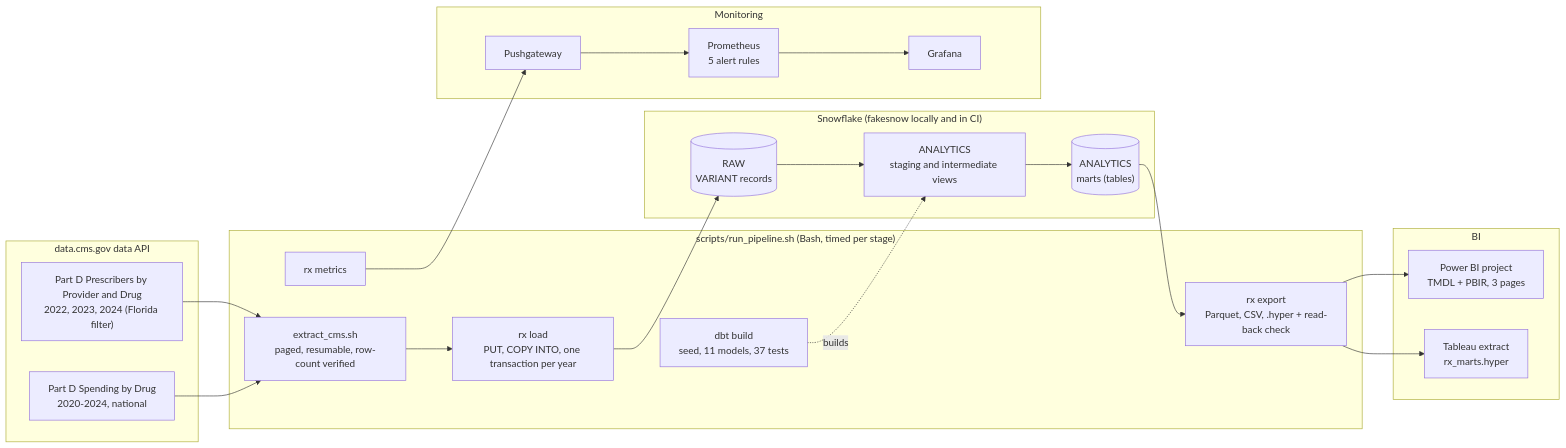
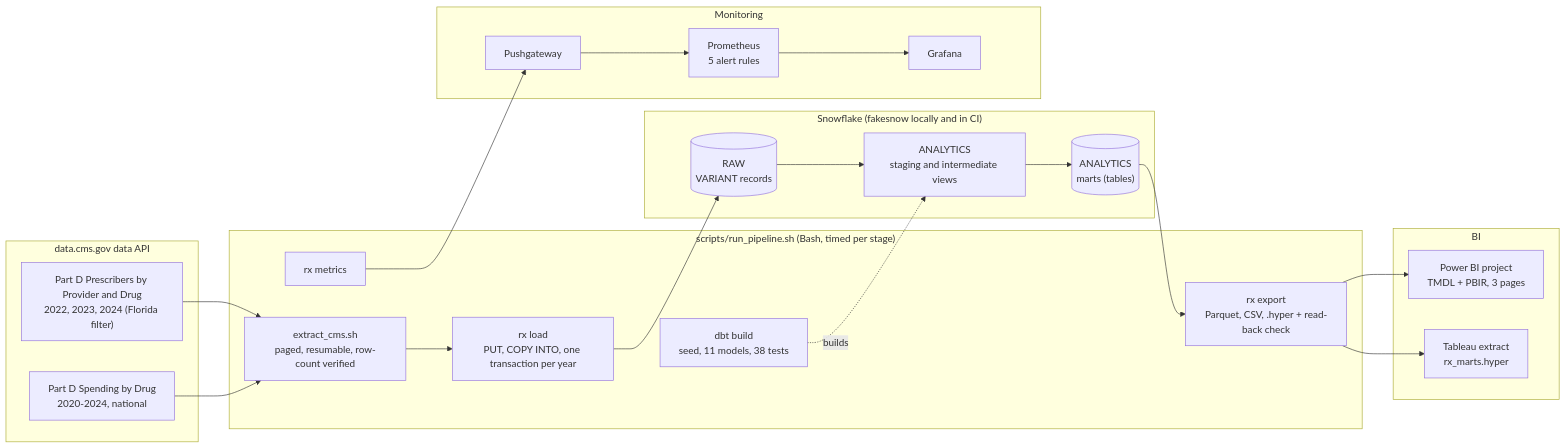
Before and after one commit to Tajaddin/medicare-rx-analytics: the diagram in docs/ARCHITECTURE.md, drawn with Mermaid. The commit also changed other lines of this file and 6 other files, not shown here.

````diff
--- a/docs/ARCHITECTURE.md
+++ b/docs/ARCHITECTURE.md
@@ -3,35 +3,35 @@
 ```mermaid
 flowchart LR
     subgraph CMS["data.cms.gov data API"]
         A1["Part D Prescribers by Provider and Drug<br/>2022, 2023, 2024 (Florida filter)"]
         A2["Part D Spending by Drug<br/>2020-2024, national"]
     end
 
     subgraph Batch["scripts/run_pipeline.sh (Bash, timed per stage)"]
         E["extract_cms.sh<br/>paged, resumable, row-count verified"]
         L["rx load<br/>PUT, COPY INTO, one transaction per year"]
-        D["dbt build<br/>seed, 11 models, 37 tests"]
+        D["dbt build<br/>seed, 11 models, 38 tests"]
         X["rx export<br/>Parquet, CSV, .hyper + read-back check"]
         M["rx metrics"]
     end
 
     subgraph SF["Snowflake (fakesnow locally and in CI)"]
         R[("RAW<br/>VARIANT records")]
         S["ANALYTICS<br/>staging and intermediate views"]
         T[("ANALYTICS<br/>marts (tables)")]
     end
 
     subgraph BI
         PB["Power BI project<br/>TMDL + PBIR, 3 pages"]
         TB["Tableau extract<br/>rx_marts.hyper"]
     end
 
     subgraph Ops["Monitoring"]
         PG["Pushgateway"] --> PR["Prometheus<br/>5 alert rules"] --> GF["Grafana"]
     end
 
     A1 & A2 --> E --> L --> R --> S --> T
     D -.builds.-> S
     T --> X --> PB & TB
     M --> PG
 ```
````
